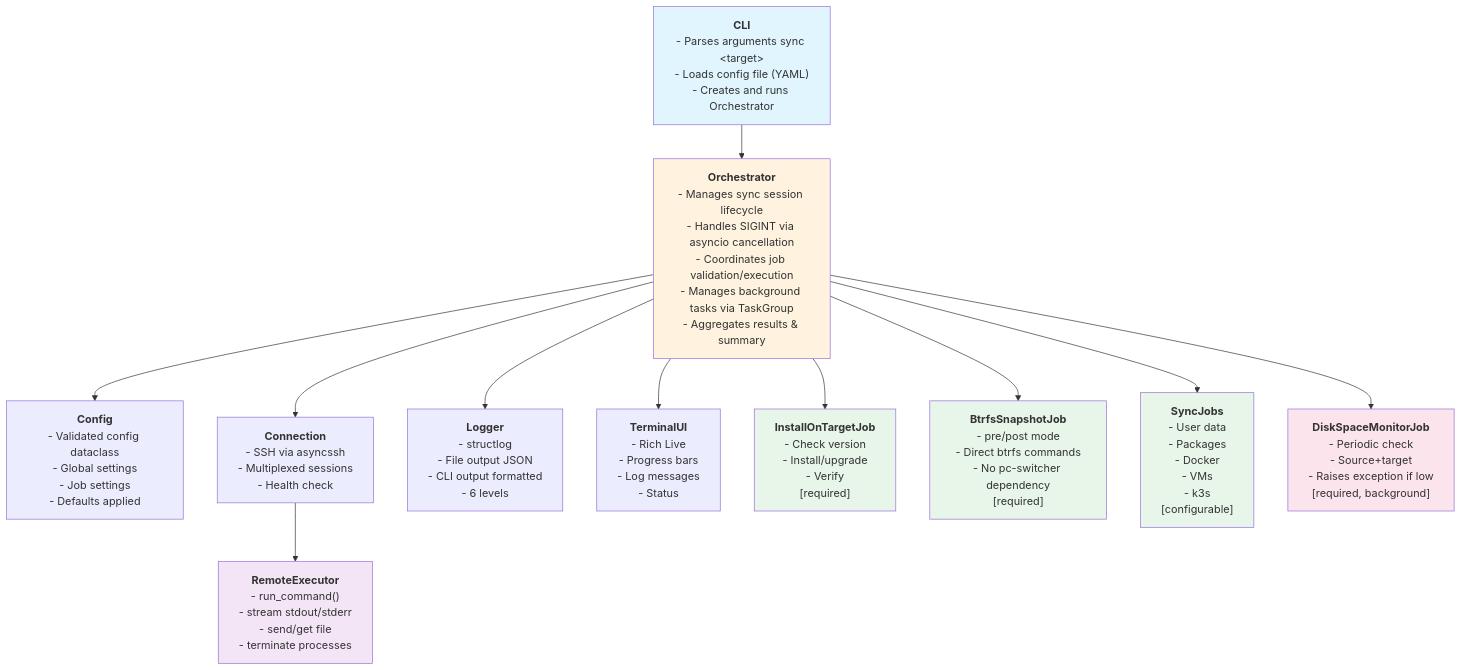
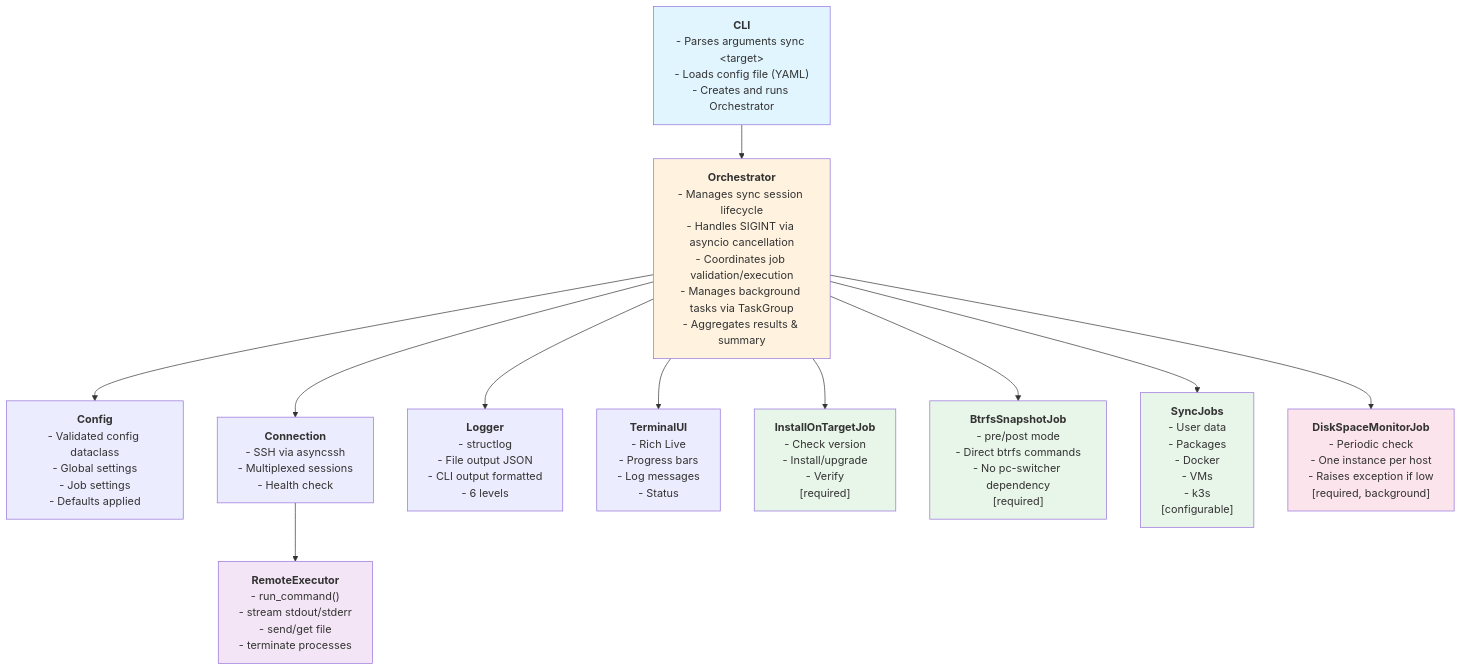
Before and after one commit to flaksit/pc-switcher: the first of 12 diagrams in specs/001-foundation/architecture-claude.md, drawn with Mermaid. The commit also changed other lines of this file, not shown here.

````diff
--- a/specs/001-foundation/architecture-claude.md
+++ b/specs/001-foundation/architecture-claude.md
@@ -17,43 +17,43 @@
 ```mermaid
 graph TD
     CLI["<b>CLI</b><br/>- Parses arguments sync &lt;target&gt;<br/>- Loads config file (YAML)<br/>- Creates and runs Orchestrator"]
 
     Orchestrator["<b>Orchestrator</b><br/>- Manages sync session lifecycle<br/>- Handles SIGINT via asyncio cancellation<br/>- Coordinates job validation/execution<br/>- Manages background tasks via TaskGroup<br/>- Aggregates results & summary"]
 
     Config["<b>Config</b><br/>- Validated config dataclass<br/>- Global settings<br/>- Job settings<br/>- Defaults applied"]
 
     Connection["<b>Connection</b><br/>- SSH via asyncssh<br/>- Multiplexed sessions<br/>- Health check"]
 
     Logger["<b>Logger</b><br/>- structlog<br/>- File output JSON<br/>- CLI output formatted<br/>- 6 levels"]
 
     TerminalUI["<b>TerminalUI</b><br/>- Rich Live<br/>- Progress bars<br/>- Log messages<br/>- Status"]
 
     RemoteExecutor["<b>RemoteExecutor</b><br/>- run_command()<br/>- stream stdout/stderr<br/>- send/get file<br/>- terminate processes"]
 
     InstallOnTargetJob["<b>InstallOnTargetJob</b><br/>- Check version<br/>- Install/upgrade<br/>- Verify<br/>[required]"]
 
     BtrfsSnapshotJob["<b>BtrfsSnapshotJob</b><br/>- pre/post mode<br/>- Direct btrfs commands<br/>- No pc-switcher dependency<br/>[required]"]
 
     SyncJobs["<b>SyncJobs</b><br/>- User data<br/>- Packages<br/>- Docker<br/>- VMs<br/>- k3s<br/>[configurable]"]
 
-    DiskSpaceMonitorJob["<b>DiskSpaceMonitorJob</b><br/>- Periodic check<br/>- Source+target<br/>- Raises exception if low<br/>[required, background]"]
+    DiskSpaceMonitorJob["<b>DiskSpaceMonitorJob</b><br/>- Periodic check<br/>- One instance per host<br/>- Raises exception if low<br/>[required, background]"]
 
     CLI --> Orchestrator
     Orchestrator --> Config
     Orchestrator --> Connection
     Orchestrator --> Logger
     Orchestrator --> TerminalUI
     Connection --> RemoteExecutor
     Orchestrator --> InstallOnTargetJob
     Orchestrator --> BtrfsSnapshotJob
     Orchestrator --> SyncJobs
     Orchestrator --> DiskSpaceMonitorJob
 
     style CLI fill:#e1f5ff
     style Orchestrator fill:#fff3e0
     style RemoteExecutor fill:#f3e5f5
     style InstallOnTargetJob fill:#e8f5e9
     style BtrfsSnapshotJob fill:#e8f5e9
     style SyncJobs fill:#e8f5e9
     style DiskSpaceMonitorJob fill:#fce4ec
 ```
````
